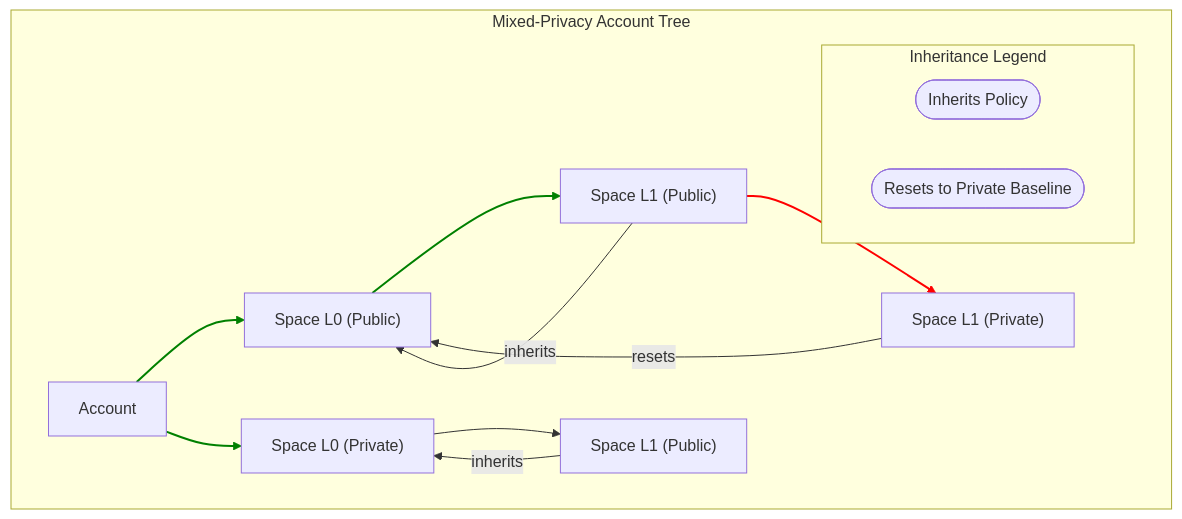
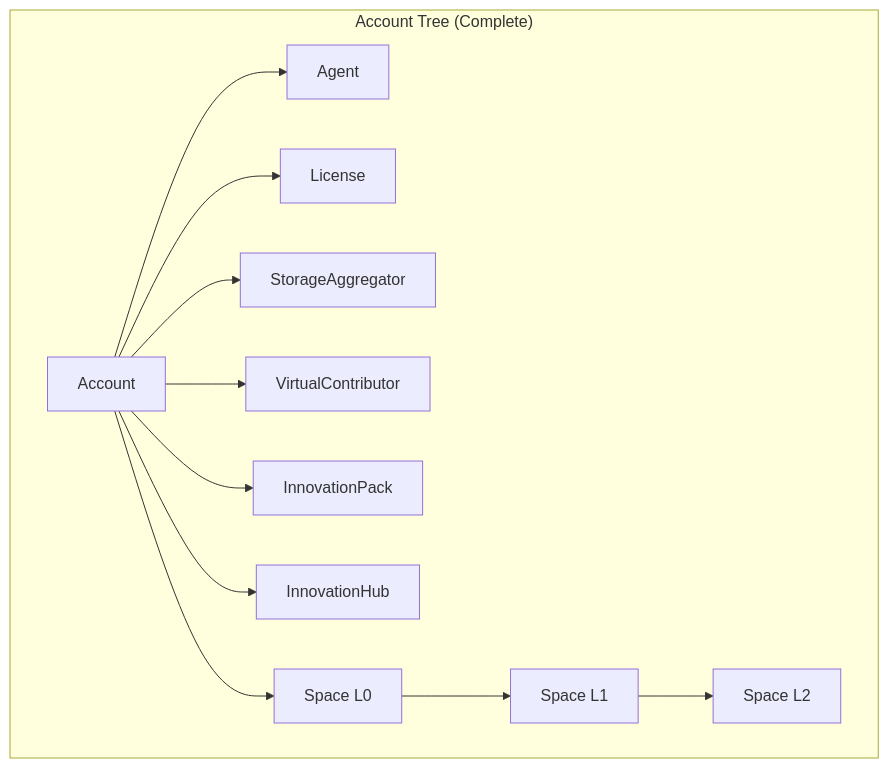
Before and after one commit to alkem-io/server: the ninth of 11 diagrams in docs/credential-based-authorization.md, drawn with Mermaid. The commit also changed other lines of this file, not shown here.

````diff
--- a/docs/credential-based-authorization.md
+++ b/docs/credential-based-authorization.md
@@ -259,27 +271,14 @@
 ```mermaid
 graph TD
-    subgraph "Mixed-Privacy Account Tree"
-        Account --> SL0P["Space L0 (Public)"];
-        SL0P --> SL1P["Space L1 (Public)"];
-        SL1P --> SL1Pr["Space L1 (Private)"];
-
-        Account --> SL0PrA["Space L0 (Private)"];
-        SL0PrA --> SL1PA["Space L1 (Public)"];
-
-        subgraph "Inheritance Legend"
-            direction LR
-            Inherits([Inherits Policy])
-            Resets([Resets to Private Baseline])
-        end
-
-        linkStyle 0 stroke:green,stroke-width:2px;
-        linkStyle 1 stroke:green,stroke-width:2px;
-        linkStyle 3 stroke:green,stroke-width:2px;
-
-        linkStyle 2 stroke:red,stroke-width:2px;
-
-        SL1P -- "inherits" --> SL0P;
-        SL1Pr -- "resets" --> SL0P;
-        SL1PA -- "inherits" --> SL0PrA;
+    subgraph "Account Tree (Complete)"
+        Account --> AccountAgent[Agent];
+        Account --> License;
+        Account --> AccountStorage[StorageAggregator];
+        Account --> VirtualContributor;
+        Account --> InnovationPack;
+        Account --> InnovationHub;
+        Account --> L0["Space L0"];
+        L0 --> L1["Space L1"];
+        L1 --> L2["Space L2"];
     end
 ```
````
